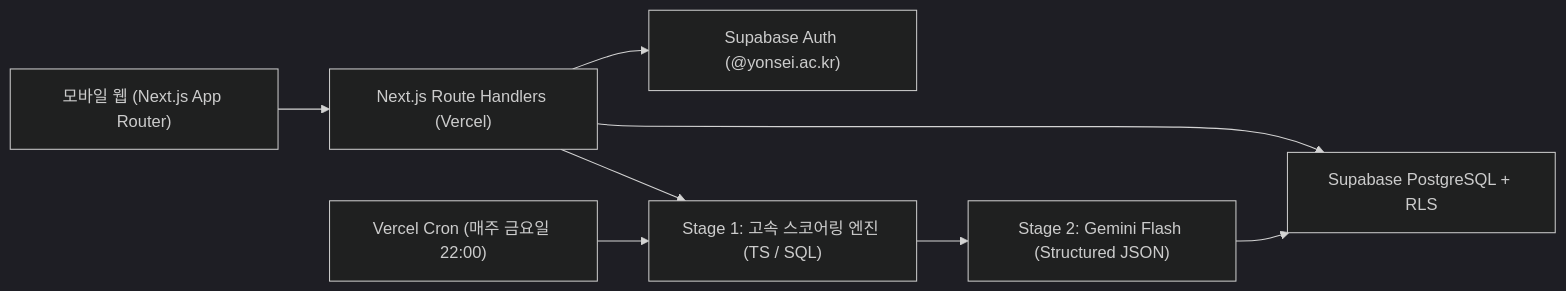
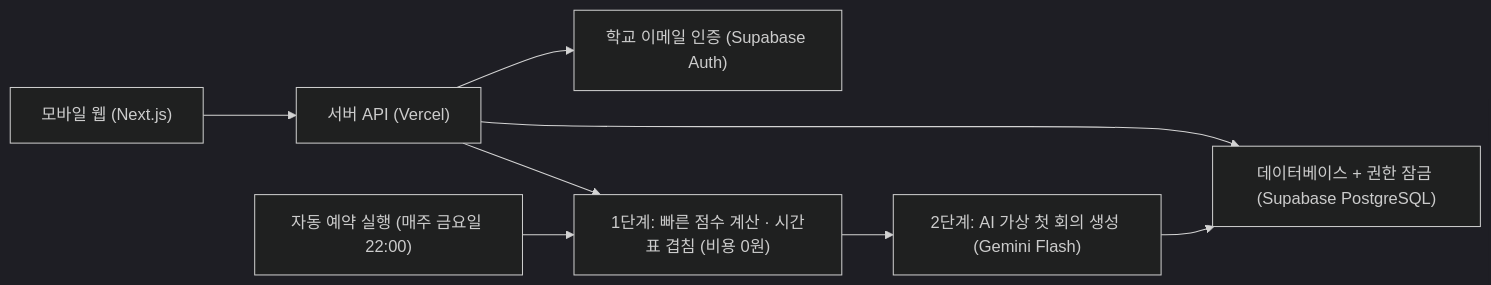
The diagram in docs/proposal/07-tech-archi.md (halieyyoon/yccthon_capybara), drawn with Mermaid (dark theme) before and after one commit. The commit also changed other lines of this file and 13 other files, not shown here.

````diff
--- a/docs/proposal/07-tech-archi.md
+++ b/docs/proposal/07-tech-archi.md
@@ -10,10 +10,10 @@
 ```mermaid
 flowchart LR
-    U["모바일 웹 (Next.js App Router)"] --> API["Next.js Route Handlers (Vercel)"]
-    API --> AUTH["Supabase Auth (@yonsei.ac.kr)"]
-    API --> DB["Supabase PostgreSQL + RLS"]
-    API --> S1["Stage 1: 고속 스코어링 엔진 (TS / SQL)"]
-    S1 --> S2["Stage 2: Gemini Flash (Structured JSON)"]
+    U["모바일 웹 (Next.js)"] --> API["서버 API (Vercel)"]
+    API --> AUTH["학교 이메일 인증 (Supabase Auth)"]
+    API --> DB["데이터베이스 + 권한 잠금 (Supabase PostgreSQL)"]
+    API --> S1["1단계: 빠른 점수 계산 · 시간표 겹침 (비용 0원)"]
+    S1 --> S2["2단계: AI 가상 첫 회의 생성 (Gemini Flash)"]
     S2 --> DB
-    CRON["Vercel Cron (매주 금요일 22:00)"] --> S1
+    CRON["자동 예약 실행 (매주 금요일 22:00)"] --> S1
 ```
````
